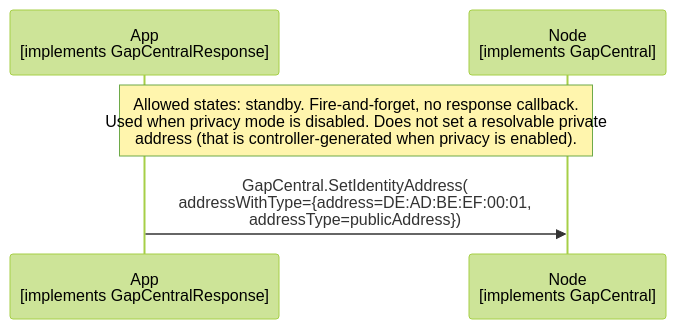
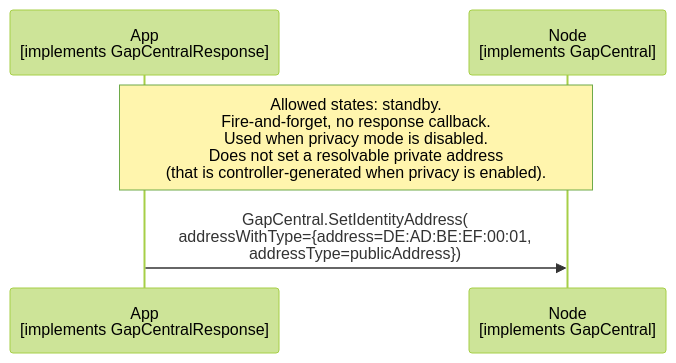
Before and after one commit to philips-software/amp-embedded-infra-lib: the diagram in documents/modules/ROOT/partials/echoservices/gap_central/GapCentral_SetIdentityAddress_sequence.mmd, drawn with Mermaid (forest theme). The commit also changed 27 other files, not shown here.

```diff
--- a/documents/modules/ROOT/partials/echoservices/gap_central/GapCentral_SetIdentityAddress_sequence.mmd
+++ b/documents/modules/ROOT/partials/echoservices/gap_central/GapCentral_SetIdentityAddress_sequence.mmd
@@ -1,7 +1,7 @@
 sequenceDiagram
     participant App as App<br>[implements GapCentralResponse]
     participant Node as Node<br>[implements GapCentral]
 
-    Note over App, Node: Allowed states: standby. Fire-and-forget, no response callback.<br>Used when privacy mode is disabled. Does not set a resolvable private<br>address (that is controller-generated when privacy is enabled).
+    Note over App, Node: Allowed states: standby.<br>Fire-and-forget, no response callback.<br>Used when privacy mode is disabled.<br>Does not set a resolvable private address<br>(that is controller-generated when privacy is enabled).
 
     App->>Node: GapCentral.SetIdentityAddress(<br>addressWithType={address=DE:AD:BE:EF:00:01,<br>addressType=publicAddress})
```
